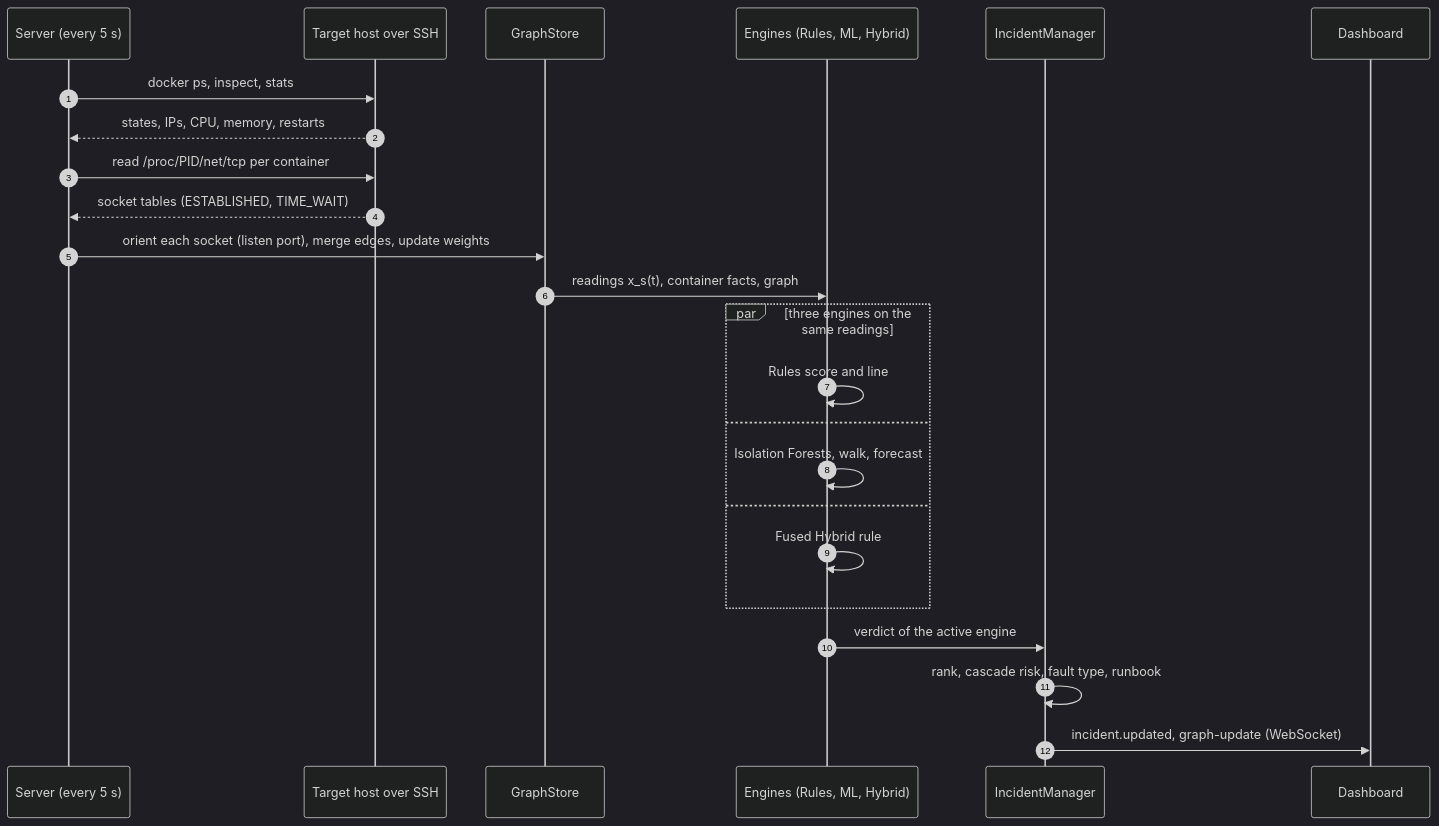
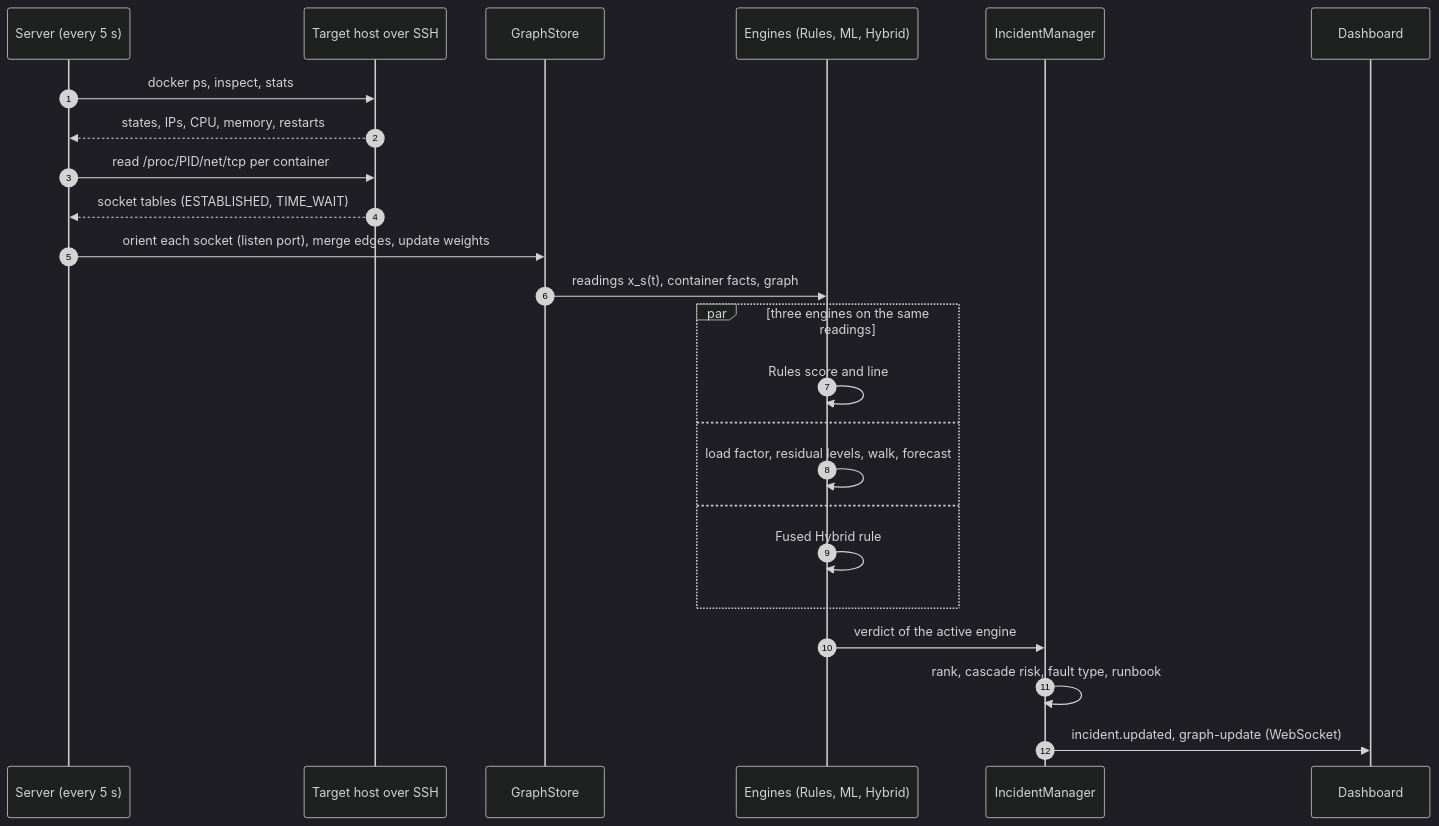
One commit to Royson-salis-18/microservice-mapper changed the diagram in report/diagrams/d_poll_cycle.mmd. Above: the diagram before and after it, drawn with Mermaid (dark theme). The commit also changed 55 other files, not shown here.

```diff
--- a/report/diagrams/d_poll_cycle.mmd
+++ b/report/diagrams/d_poll_cycle.mmd
@@ -1,24 +1,24 @@
 sequenceDiagram
   autonumber
   participant S as Server (every 5 s)
   participant H as Target host over SSH
   participant G as GraphStore
   participant E as Engines (Rules, ML, Hybrid)
   participant R as IncidentManager
   participant U as Dashboard
   S->>H: docker ps, inspect, stats
   H-->>S: states, IPs, CPU, memory, restarts
   S->>H: read /proc/PID/net/tcp per container
   H-->>S: socket tables (ESTABLISHED, TIME_WAIT)
   S->>G: orient each socket (listen port), merge edges, update weights
   G->>E: readings x_s(t), container facts, graph
   par three engines on the same readings
     E->>E: Rules score and line
   and
-    E->>E: Isolation Forests, walk, forecast
+    E->>E: load factor, residual levels, walk, forecast
   and
     E->>E: Fused Hybrid rule
   end
   E->>R: verdict of the active engine
   R->>R: rank, cascade risk, fault type, runbook
   R->>U: incident.updated, graph-update (WebSocket)
```
